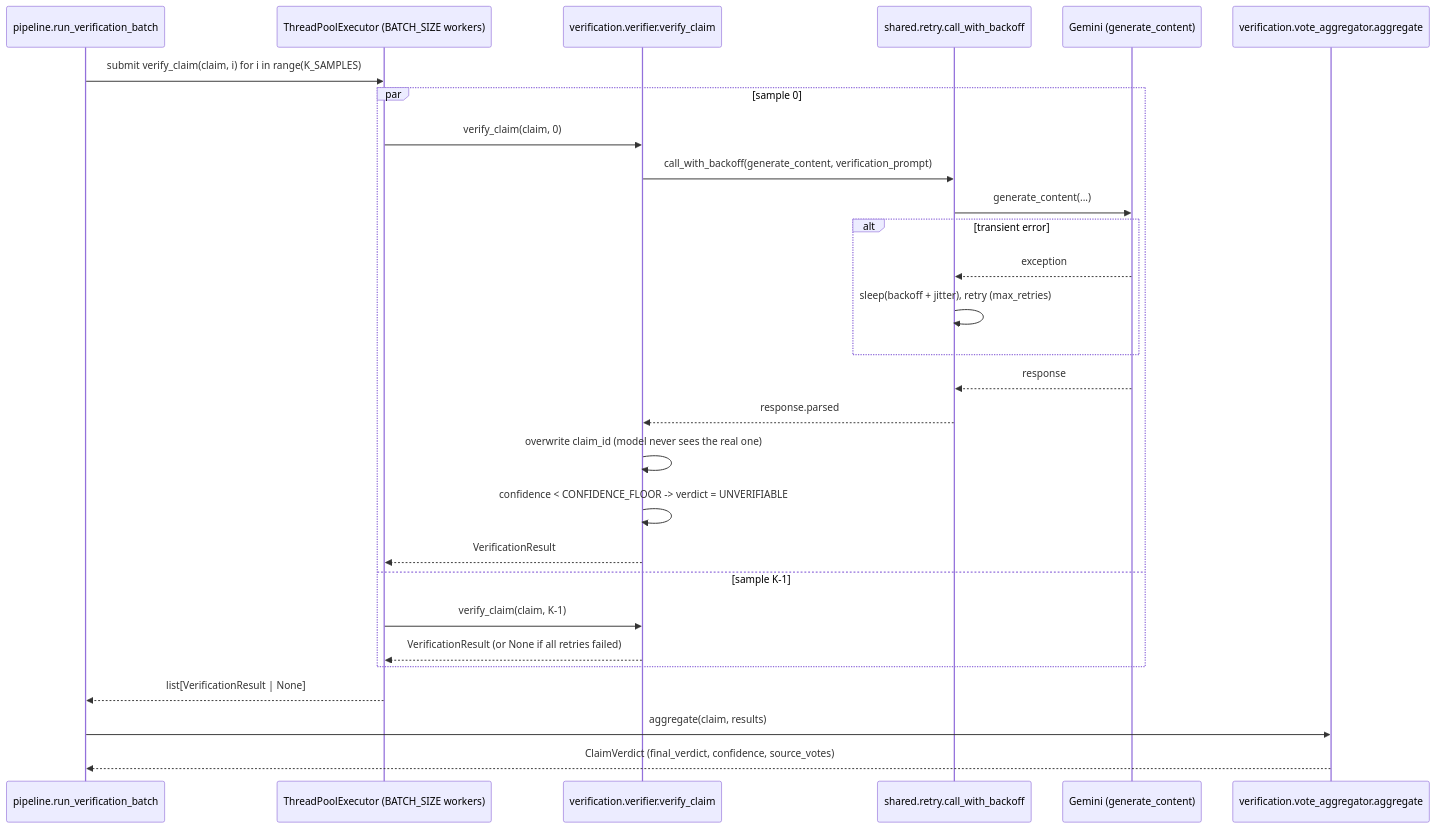
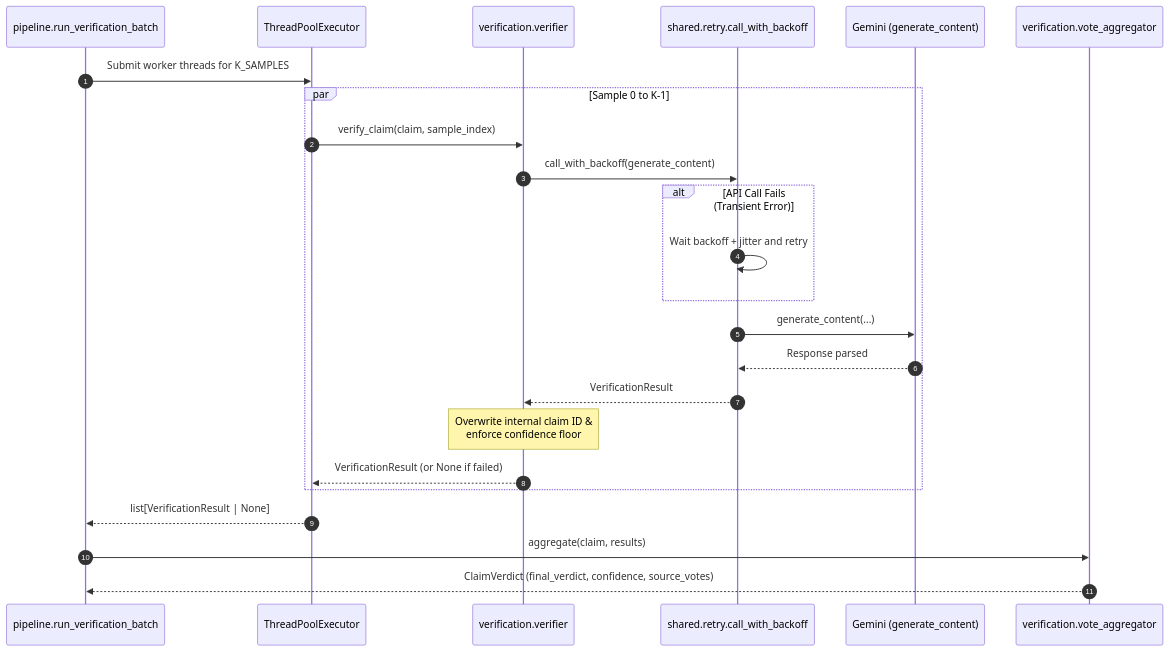
The second of 2 diagrams in README.md (ankitnitt15/fact-checker-agent), drawn with Mermaid before and after one commit. The commit also changed other lines of this file, not shown here.

````diff
--- a/README.md
+++ b/README.md
@@ -163,31 +116,32 @@
 ```mermaid
 sequenceDiagram
+    autonumber
     participant Batch as pipeline.run_verification_batch
-    participant Pool as ThreadPoolExecutor (BATCH_SIZE workers)
-    participant Verifier as verification.verifier.verify_claim
+    participant ThreadPool as ThreadPoolExecutor
+    participant Verifier as verification.verifier
     participant Retry as shared.retry.call_with_backoff
-    participant Gemini as Gemini (generate_content)
-    participant Aggregator as verification.vote_aggregator.aggregate
+    participant LLM as Gemini (generate_content)
+    participant Aggregator as verification.vote_aggregator
 
-    Batch->>Pool: submit verify_claim(claim, i) for i in range(K_SAMPLES)
-    par sample 0
-        Pool->>Verifier: verify_claim(claim, 0)
-        Verifier->>Retry: call_with_backoff(generate_content, verification_prompt)
-        Retry->>Gemini: generate_content(...)
-        alt transient error
-            Gemini-->>Retry: exception
-            Retry->>Retry: sleep(backoff + jitter), retry (max_retries)
+    Batch->>ThreadPool: Submit worker threads for K_SAMPLES
+
+    par Sample 0 to K-1
+        ThreadPool->>Verifier: verify_claim(claim, sample_index)
+        Verifier->>Retry: call_with_backoff(generate_content)
+        
+        alt API Call Fails (Transient Error)
+            Retry->>Retry: Wait backoff + jitter and retry
         end
-        Gemini-->>Retry: response
-        Retry-->>Verifier: response.parsed
-        Verifier->>Verifier: overwrite claim_id (model never sees the real one)
-        Verifier->>Verifier: confidence < CONFIDENCE_FLOOR -> verdict = UNVERIFIABLE
-        Verifier-->>Pool: VerificationResult
-    and sample K-1
-        Pool->>Verifier: verify_claim(claim, K-1)
-        Verifier-->>Pool: VerificationResult (or None if all retries failed)
+        
+        Retry->>LLM: generate_content(...)
+        LLM-->>Retry: Response parsed
+        Retry-->>Verifier: VerificationResult
+        Note over Verifier: Overwrite internal claim ID &<br/>enforce confidence floor
+        Verifier-->>ThreadPool: VerificationResult (or None if failed)
     end
-    Pool-->>Batch: list[VerificationResult | None]
+
+    ThreadPool-->>Batch: list[VerificationResult | None]
     Batch->>Aggregator: aggregate(claim, results)
     Aggregator-->>Batch: ClaimVerdict (final_verdict, confidence, source_votes)
+
 ```
````
